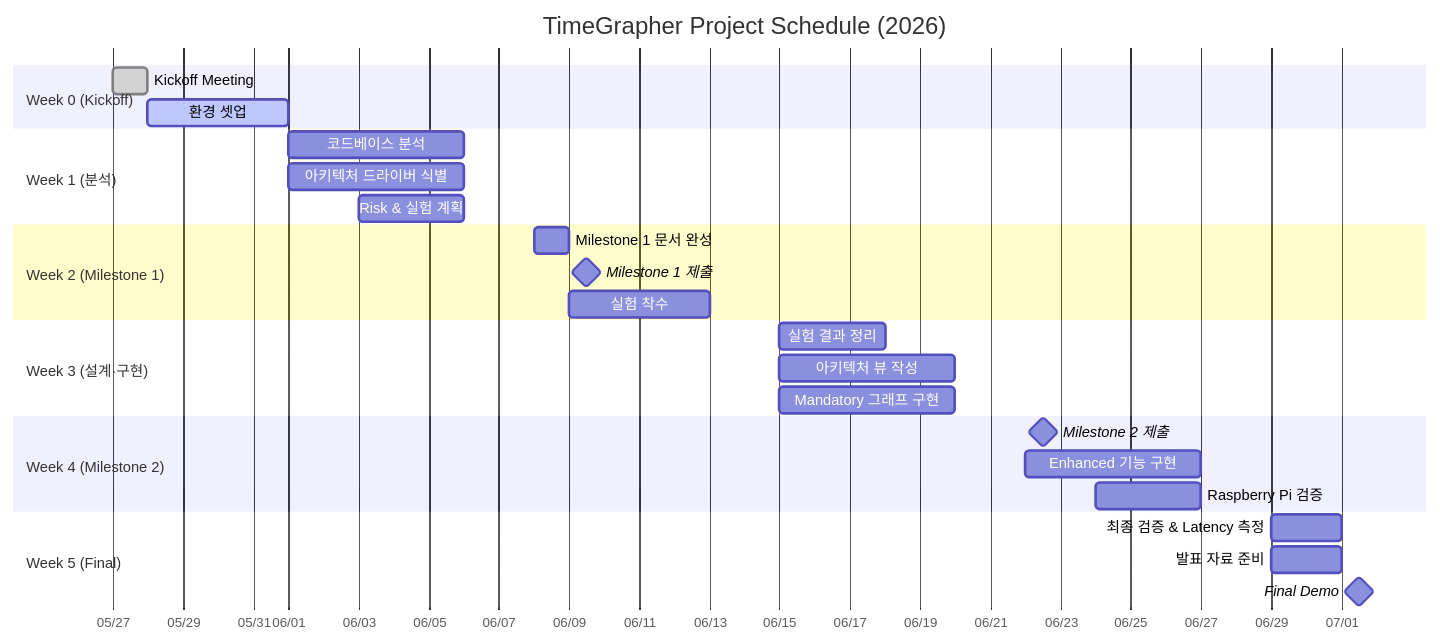
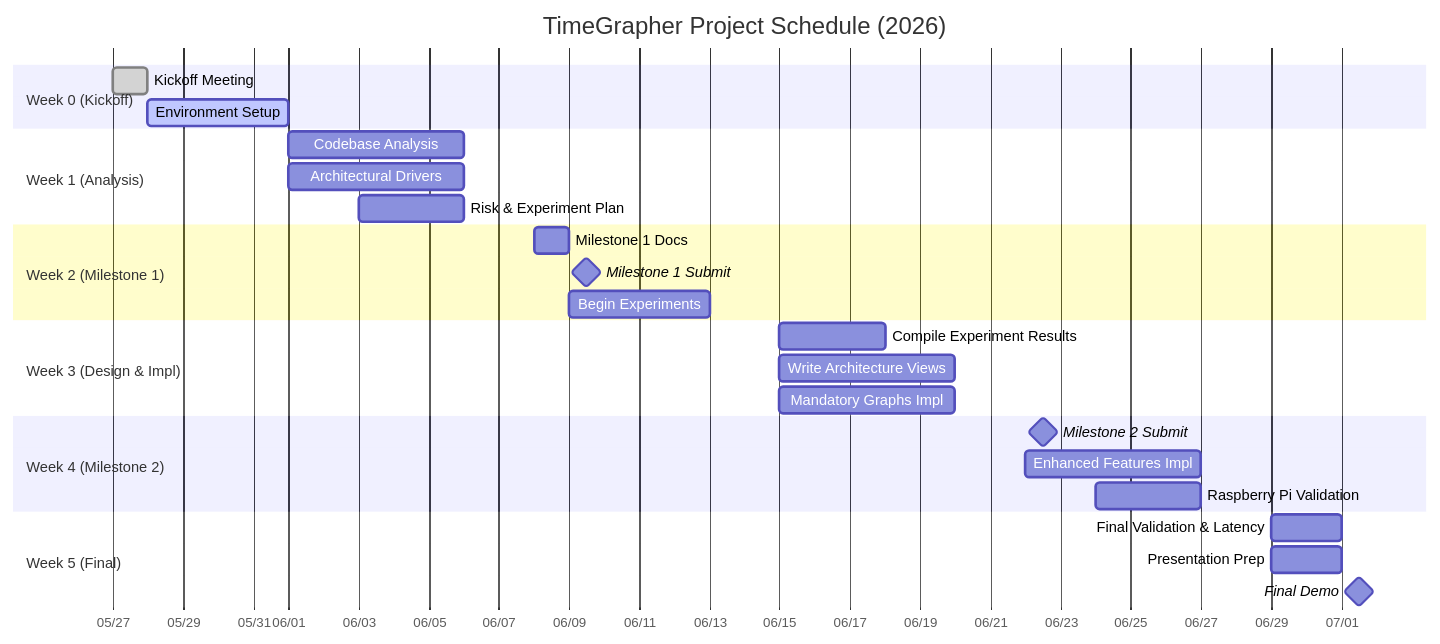
Before and after one commit to Ji-Min-Lee/2026-3-sw-architect-studio-project: the diagram in .claude/skills/time-grapher/references/project/todo.md, drawn with Mermaid. The commit also changed other lines of this file and 9 other files, not shown here.

````diff
--- a/.claude/skills/time-grapher/references/project/todo.md
+++ b/.claude/skills/time-grapher/references/project/todo.md
@@ -5,35 +5,35 @@
 ```mermaid
 gantt
     title TimeGrapher Project Schedule (2026)
     dateFormat  YYYY-MM-DD
     axisFormat %m/%d
 
     section Week 0 (Kickoff)
     Kickoff Meeting          :done,    koff, 2026-05-27, 1d
-    환경 셋업                :active,  env,  2026-05-28, 4d
+    Environment Setup        :active,  env,  2026-05-28, 4d
 
-    section Week 1 (분석)
-    코드베이스 분석          :         ca,   2026-06-01, 5d
-    아키텍처 드라이버 식별   :         ad,   2026-06-01, 5d
-    Risk & 실험 계획         :         re,   2026-06-03, 3d
+    section Week 1 (Analysis)
+    Codebase Analysis        :         ca,   2026-06-01, 5d
+    Architectural Drivers    :         ad,   2026-06-01, 5d
+    Risk & Experiment Plan   :         re,   2026-06-03, 3d
 
     section Week 2 (Milestone 1)
-    Milestone 1 문서 완성    :         m1d,  2026-06-08, 1d
-    Milestone 1 제출         :milestone, m1, 2026-06-09, 1d
-    실험 착수                :         ex1,  2026-06-09, 4d
+    Milestone 1 Docs         :         m1d,  2026-06-08, 1d
+    Milestone 1 Submit       :milestone, m1, 2026-06-09, 1d
+    Begin Experiments        :         ex1,  2026-06-09, 4d
 
-    section Week 3 (설계·구현)
-    실험 결과 정리           :         er,   2026-06-15, 3d
-    아키텍처 뷰 작성         :         av,   2026-06-15, 5d
-    Mandatory 그래프 구현    :         mg,   2026-06-15, 5d
+    section Week 3 (Design & Impl)
+    Compile Experiment Results :       er,   2026-06-15, 3d
+    Write Architecture Views :         av,   2026-06-15, 5d
+    Mandatory Graphs Impl    :         mg,   2026-06-15, 5d
 
     section Week 4 (Milestone 2)
-    Milestone 2 제출         :milestone, m2, 2026-06-22, 1d
-    Enhanced 기능 구현       :         ef,   2026-06-22, 5d
-    Raspberry Pi 검증        :         rpv,  2026-06-24, 3d
+    Milestone 2 Submit       :milestone, m2, 2026-06-22, 1d
+    Enhanced Features Impl   :         ef,   2026-06-22, 5d
+    Raspberry Pi Validation  :         rpv,  2026-06-24, 3d
 
     section Week 5 (Final)
-    최종 검증 & Latency 측정 :         fv,   2026-06-29, 2d
-    발표 자료 준비           :         pr,   2026-06-29, 2d
+    Final Validation & Latency:        fv,   2026-06-29, 2d
+    Presentation Prep        :         pr,   2026-06-29, 2d
     Final Demo               :milestone, m3, 2026-07-01, 1d
 ```
````
